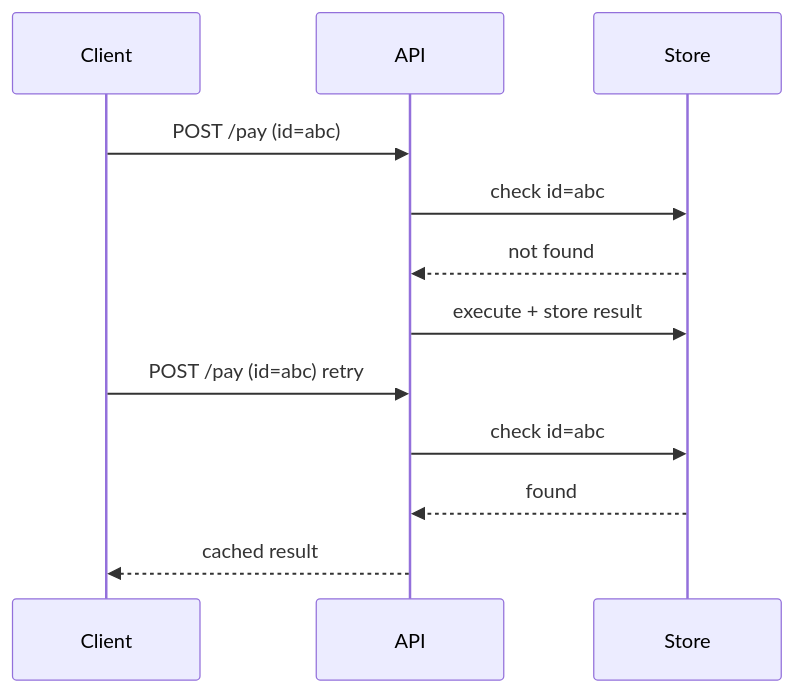
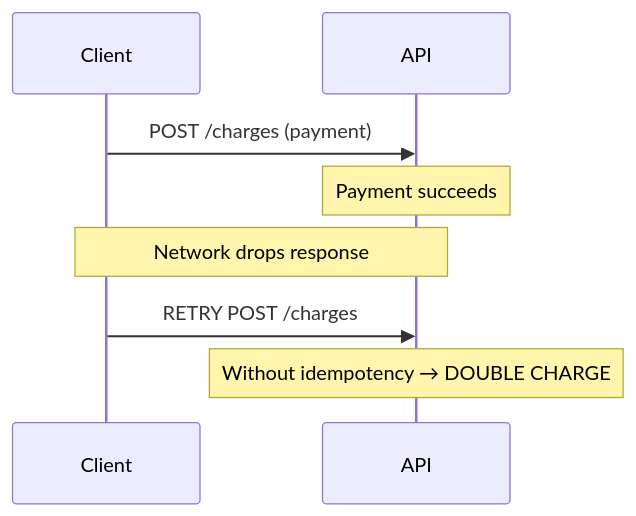
One commit to hareramcse/SystemDesign changed diagram 24 of 26 in 07-api-desing/README.md. Above: the diagram before and after it, drawn with Mermaid. The commit also changed other lines of this file and 14 other files, not shown here.

````diff
--- a/07-api-desing/README.md
+++ b/07-api-desing/README.md
@@ -1224,14 +1505,10 @@
 ```mermaid
 sequenceDiagram
     participant C as Client
     participant API as API
-    participant DB as Store
-    C->>API: POST /pay (id=abc)
-    API->>DB: check id=abc
-    DB-->>API: not found
-    API->>DB: execute + store result
-    C->>API: POST /pay (id=abc) retry
-    API->>DB: check id=abc
-    DB-->>API: found
-    API-->>C: cached result
+    C->>API: POST /charges (payment)
+    Note over API: Payment succeeds
+    Note over C,API: Network drops response
+    C->>API: RETRY POST /charges
+    Note over API: Without idempotency → DOUBLE CHARGE
 ```
````
